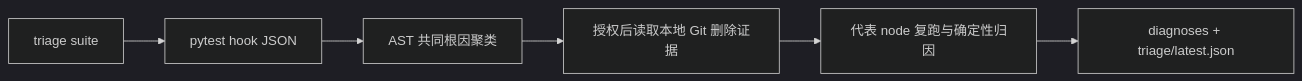
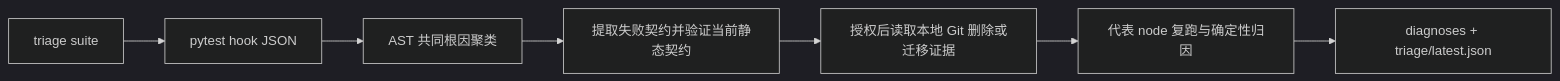
Before and after one commit to 1193082625/test-assistant: the third of 3 diagrams in docs/project-structure.md, drawn with Mermaid (dark theme). The commit also changed other lines of this file and 40 other files, not shown here.

````diff
--- a/docs/project-structure.md
+++ b/docs/project-structure.md
@@ -133,8 +136,9 @@
 ```mermaid
 flowchart LR
     A["triage suite"] --> B["pytest hook JSON"]
     B --> C["AST 共同根因聚类"]
-    C --> D["授权后读取本地 Git 删除证据"]
-    D --> E["代表 node 复跑与确定性归因"]
-    E --> F["diagnoses + triage/latest.json"]
+    C --> D["提取失败契约并验证当前静态契约"]
+    D --> E["授权后读取本地 Git 删除或迁移证据"]
+    E --> F["代表 node 复跑与确定性归因"]
+    F --> G["diagnoses + triage/latest.json"]
 ```
````
